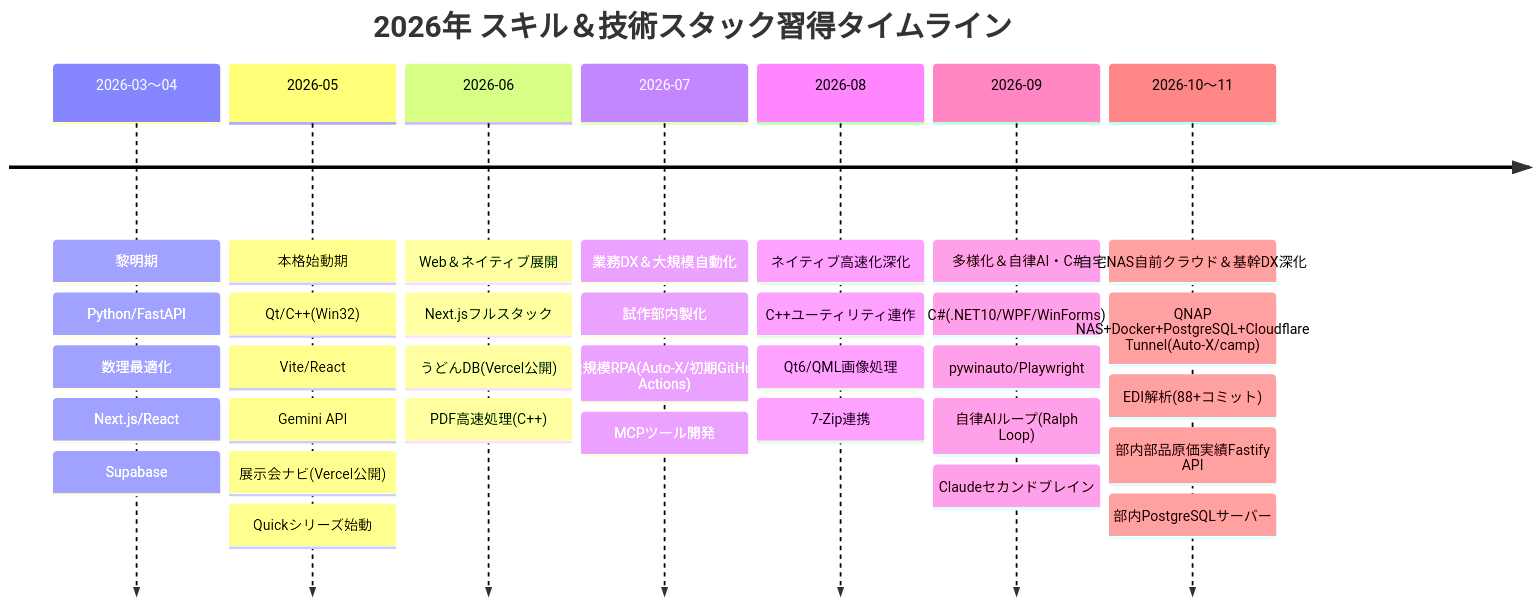
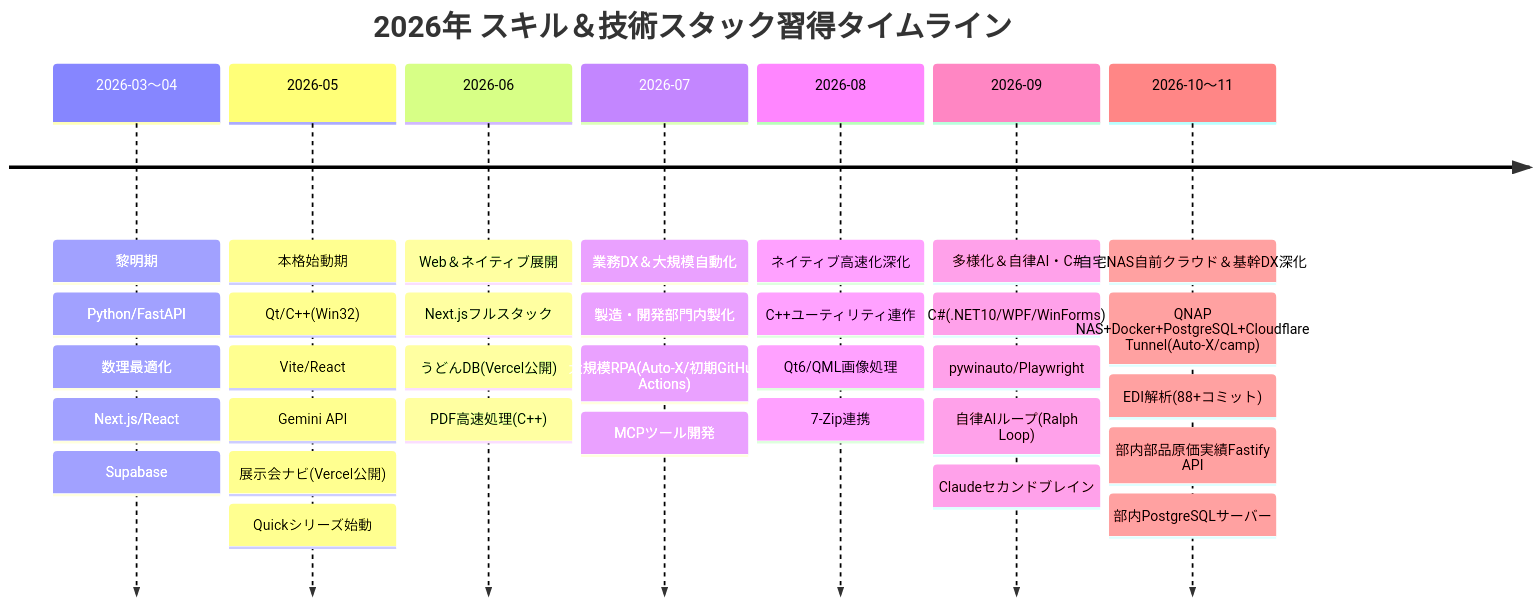
The diagram in skill_and_tech_stack_history.md (maktak-105/myskill-manage), drawn with Mermaid before and after one commit. The commit also changed other lines of this file and 17 other files, not shown here.

````diff
--- a/skill_and_tech_stack_history.md
+++ b/skill_and_tech_stack_history.md
@@ -9,11 +9,11 @@
 ```mermaid
 timeline
     title 2026年 スキル＆技術スタック習得タイムライン
     2026-03〜04 : 黎明期 : Python/FastAPI : 数理最適化 : Next.js/React : Supabase
     2026-05 : 本格始動期 : Qt/C++(Win32) : Vite/React : Gemini API : 展示会ナビ(Vercel公開) : Quickシリーズ始動
     2026-06 : Web＆ネイティブ展開 : Next.jsフルスタック : うどんDB(Vercel公開) : PDF高速処理(C++)
-    2026-07 : 業務DX＆大規模自動化 : 試作部内製化 : 大規模RPA(Auto-X/初期GitHub Actions) : MCPツール開発
+    2026-07 : 業務DX＆大規模自動化 : 製造・開発部門内製化 : 大規模RPA(Auto-X/初期GitHub Actions) : MCPツール開発
     2026-08 : ネイティブ高速化深化 : C++ユーティリティ連作 : Qt6/QML画像処理 : 7-Zip連携
     2026-09 : 多様化＆自律AI・C# : C#(.NET10/WPF/WinForms) : pywinauto/Playwright : 自律AIループ(Ralph Loop) : Claudeセカンドブレイン
     2026-10〜11 : 自宅NAS自前クラウド＆基幹DX深化 : QNAP NAS+Docker+PostgreSQL+Cloudflare Tunnel(Auto-X/camp) : EDI解析(88+コミット) : 部内部品原価実績Fastify API : 部内PostgreSQLサーバー
 ```
````
